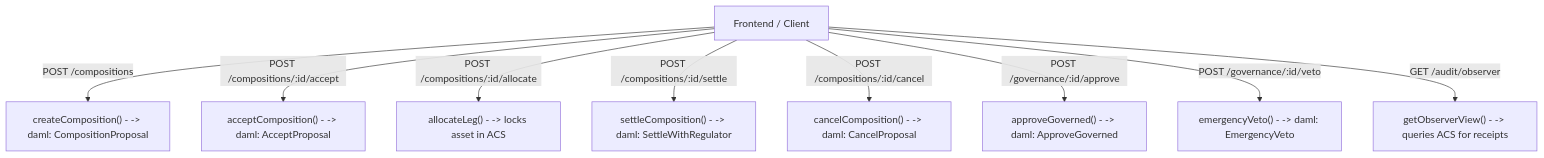
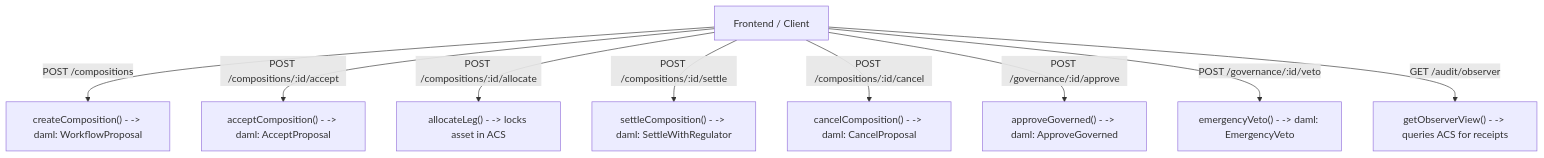
Before and after one commit to BikkoFarms/Composition-Protocol: the ninth of 10 diagrams in docs/ARCHITECTURE.md, drawn with Mermaid. The commit also changed other lines of this file and 30 other files, not shown here.

````diff
--- a/docs/ARCHITECTURE.md
+++ b/docs/ARCHITECTURE.md
@@ -384,11 +384,11 @@
 ```mermaid
 graph TD
-    CLI["Frontend / Client"] -->|POST /compositions| EP1["createComposition() - -> daml: CompositionProposal"]
+    CLI["Frontend / Client"] -->|POST /compositions| EP1["createComposition() - -> daml: WorkflowProposal"]
     CLI -->|POST /compositions/:id/accept| EP2["acceptComposition() - -> daml: AcceptProposal"]
     CLI -->|POST /compositions/:id/allocate| EP3["allocateLeg() - -> locks asset in ACS"]
     CLI -->|POST /compositions/:id/settle| EP4["settleComposition() - -> daml: SettleWithRegulator"]
     CLI -->|POST /compositions/:id/cancel| EP5["cancelComposition() - -> daml: CancelProposal"]
     CLI -->|POST /governance/:id/approve| EP6["approveGoverned() - -> daml: ApproveGoverned"]
     CLI -->|POST /governance/:id/veto| EP7["emergencyVeto() - -> daml: EmergencyVeto"]
     CLI -->|GET /audit/observer| EP8["getObserverView() - -> queries ACS for receipts"]
 ```
````
